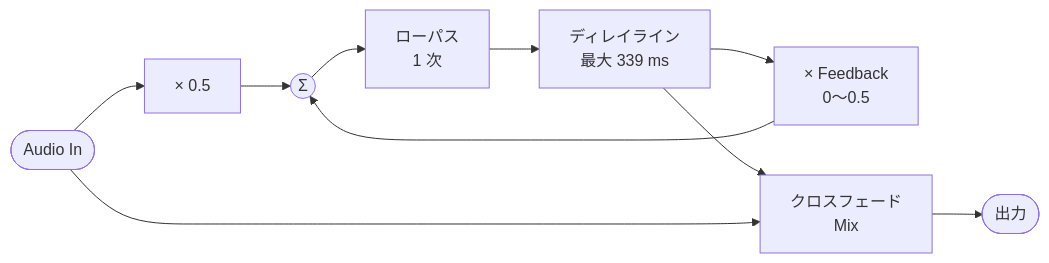
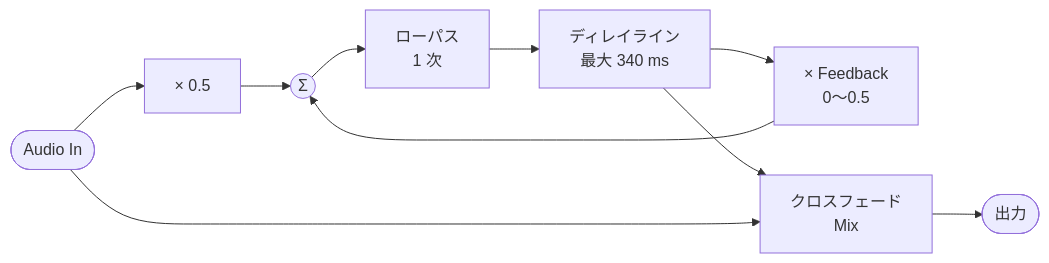
The fifth of 5 diagrams in spms1_type1/README.ja.md (risgk/midi_synthesizer_spms1), drawn with Mermaid before and after one commit. The commit also changed other lines of this file and 3 other files, not shown here.

````diff
--- a/spms1_type1/README.ja.md
+++ b/spms1_type1/README.ja.md
@@ -255,12 +255,12 @@
 ```mermaid
 flowchart LR
   IN([Audio In]) --> H["× 0.5"]
   H --> SUM((Σ))
   SUM --> LPF["ローパス<br/>1 次"]
-  LPF --> DL["ディレイライン<br/>最大 339 ms"]
+  LPF --> DL["ディレイライン<br/>最大 340 ms"]
   DL --> FB["× Feedback<br/>0〜0.5"]
   FB --> SUM
   DL --> X["クロスフェード<br/>Mix"]
   IN --> X
   X --> OUT([出力])
 ```
````
